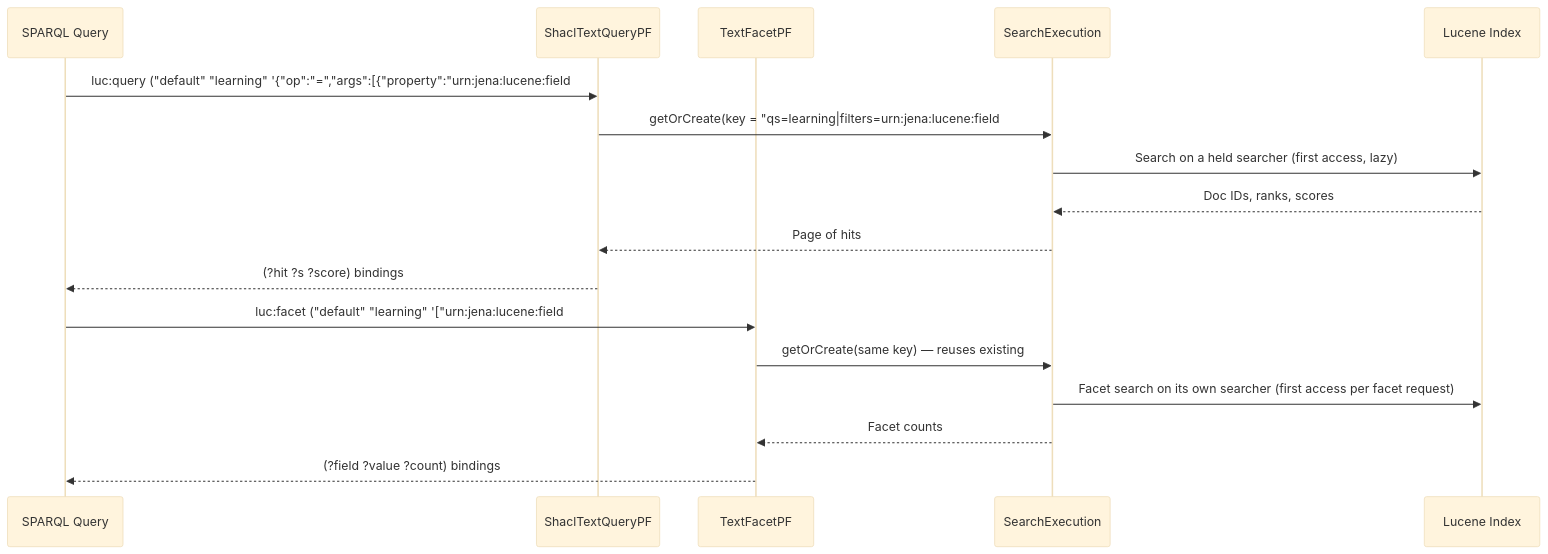
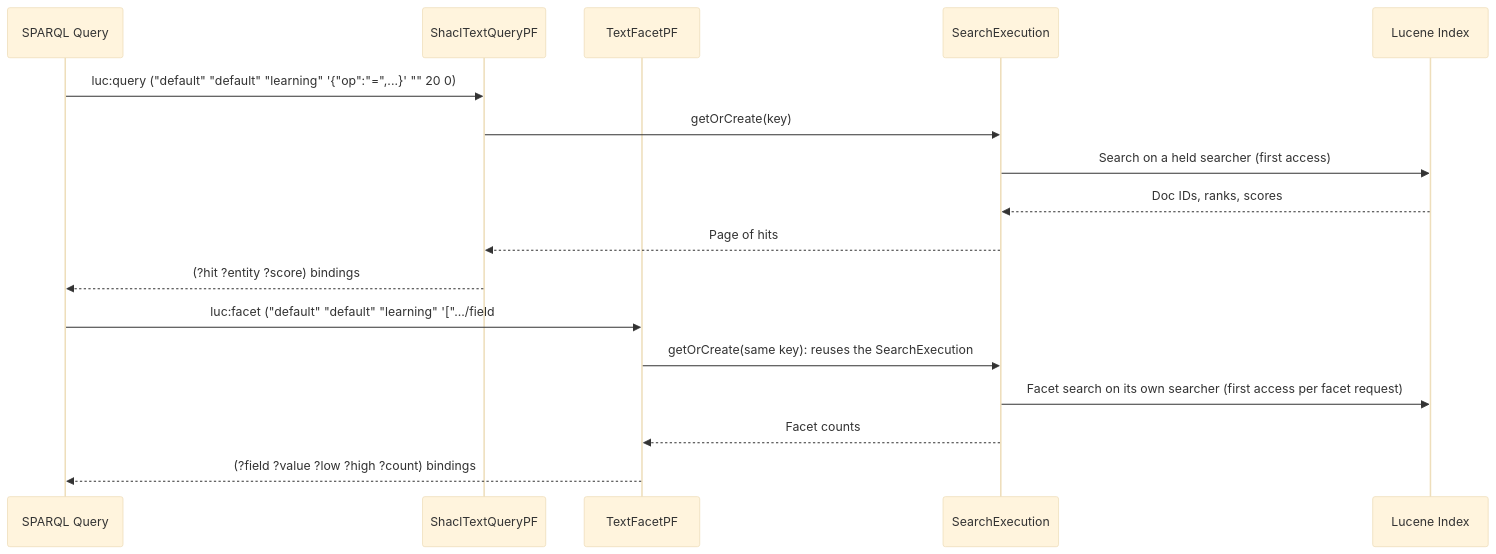
The diagram in docs/04-architecture.md (Kurrawong/jena), drawn with Mermaid (base theme) before and after one commit. The commit also changed other lines of this file and 10 other files, not shown here.

````diff
--- a/docs/04-architecture.md
+++ b/docs/04-architecture.md
@@ -96,21 +87,21 @@
 ```mermaid
 sequenceDiagram
     participant S as SPARQL Query
     participant QP as ShaclTextQueryPF
     participant FP as TextFacetPF
     participant SE as SearchExecution
     participant L as Lucene Index
 
-    S->>QP: luc:query ("default" "learning" '{"op":"=","args":[{"property":"urn:jena:lucene:field#category"},"Tech"]}')
-    QP->>SE: getOrCreate(key = "qs=learning|filters=urn:jena:lucene:field#category:Tech")
-    SE->>L: Search on a held searcher (first access, lazy)
+    S->>QP: luc:query ("default" "default" "learning" '{"op":"=",...}' "" 20 0)
+    QP->>SE: getOrCreate(key)
+    SE->>L: Search on a held searcher (first access)
     L-->>SE: Doc IDs, ranks, scores
     SE-->>QP: Page of hits
-    QP-->>S: (?hit ?s ?score) bindings
+    QP-->>S: (?hit ?entity ?score) bindings
 
-    S->>FP: luc:facet ("default" "learning" '["urn:jena:lucene:field#category"]')
-    FP->>SE: getOrCreate(same key) — reuses existing
+    S->>FP: luc:facet ("default" "default" "learning" '[".../field#category"]' '{"op":"=",...}' 10 0)
+    FP->>SE: getOrCreate(same key): reuses the SearchExecution
     SE->>L: Facet search on its own searcher (first access per facet request)
     SE-->>FP: Facet counts
-    FP-->>S: (?field ?value ?count) bindings
+    FP-->>S: (?field ?value ?low ?high ?count) bindings
 ```
````
